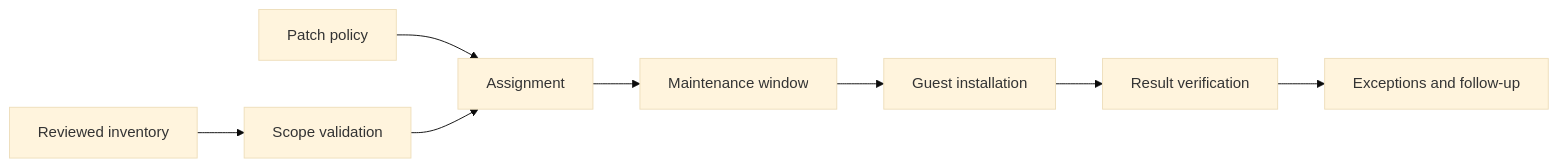
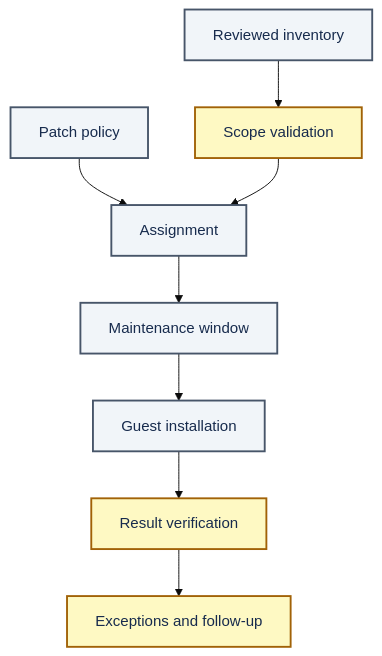
One commit to Acestus/portfolio changed the diagram in site/content/docs/video-secure-vm-patching-workflow.md. Above: the diagram before and after it, drawn with Mermaid (base theme). The commit also changed 20 other files, not shown here.

Commit message:
Apply Mermaid and Pele style to video guides (#58)

````diff
--- a/site/content/docs/video-secure-vm-patching-workflow.md
+++ b/site/content/docs/video-secure-vm-patching-workflow.md
@@ -27,10 +27,16 @@
 ```mermaid
-flowchart LR
+flowchart TD
+  accTitle: A secure, repeatable VM patching workflow
   I[Reviewed inventory] --> S[Scope validation]
   P[Patch policy] --> A[Assignment]
   S --> A
   A --> W[Maintenance window]
   W --> G[Guest installation]
   G --> V[Result verification]
   V --> E[Exceptions and follow-up]
+
+  classDef primary fill:#F1F5F9,stroke:#475569,color:#172B4D,stroke-width:2px
+  classDef secondary fill:#FEF9C3,stroke:#A16207,color:#172B4D,stroke-width:2px
+  class I,P,A,W,G primary
+  class S,V,E secondary
 ```
````
